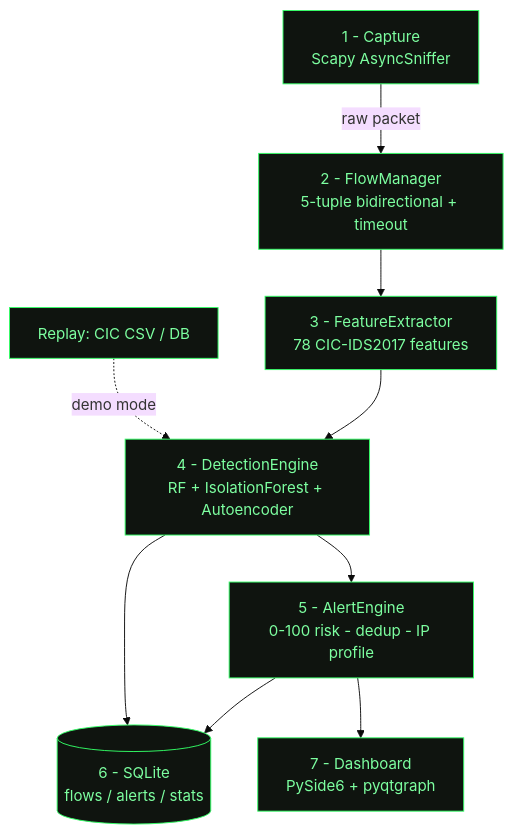
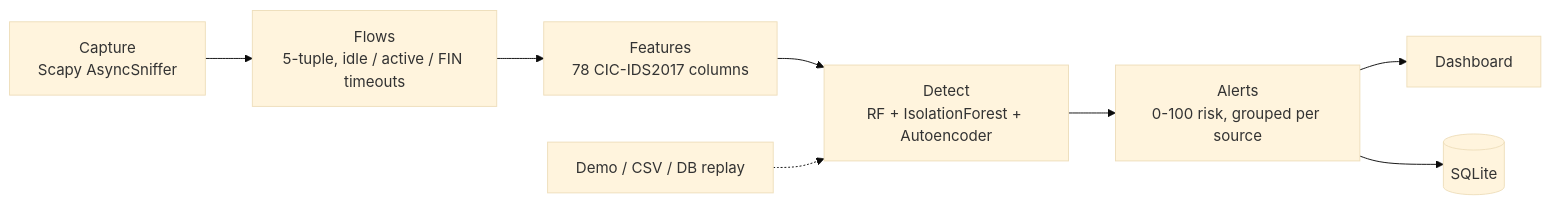
The diagram in README.md (berkaslan7988/NetSentinel), drawn with Mermaid (base theme) before and after one commit. The commit also changed other lines of this file and 110 other files, not shown here.

````diff
--- a/README.md
+++ b/README.md
@@ -53,20 +60,10 @@
 ```mermaid
-flowchart TB
-    SNIFF["1 - Capture<br/>Scapy AsyncSniffer"]
-    FLOW["2 - FlowManager<br/>5-tuple bidirectional + timeout"]
-    FEAT["3 - FeatureExtractor<br/>78 CIC-IDS2017 features"]
-    DET["4 - DetectionEngine<br/>RF + IsolationForest + Autoencoder"]
-    ALERT["5 - AlertEngine<br/>0-100 risk - dedup - IP profile"]
-    DB[("6 - SQLite<br/>flows / alerts / stats")]
-    UI["7 - Dashboard<br/>PySide6 + pyqtgraph"]
-    REPLAY["Replay: CIC CSV / DB"]
-
-    SNIFF -->|raw packet| FLOW --> FEAT --> DET --> ALERT
-    ALERT --> DB
-    ALERT --> UI
-    DET --> DB
-    REPLAY -.->|demo mode| DET
-
-    classDef n fill:#0f140f,stroke:#33ff66,color:#7dffa0
-    class SNIFF,FLOW,FEAT,DET,ALERT,DB,UI,REPLAY n
+flowchart LR
+    CAP["Capture<br/>Scapy AsyncSniffer"] --> FLOW["Flows<br/>5-tuple, idle / active / FIN timeouts"]
+    FLOW --> FEAT["Features<br/>78 CIC-IDS2017 columns"]
+    FEAT --> DET["Detect<br/>RF + IsolationForest + Autoencoder"]
+    DET --> ALERT["Alerts<br/>0-100 risk, grouped per source"]
+    ALERT --> UI["Dashboard"]
+    ALERT --> DB[("SQLite")]
+    DEMO["Demo / CSV / DB replay"] -.-> DET
 ```
````
